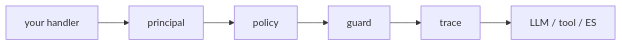
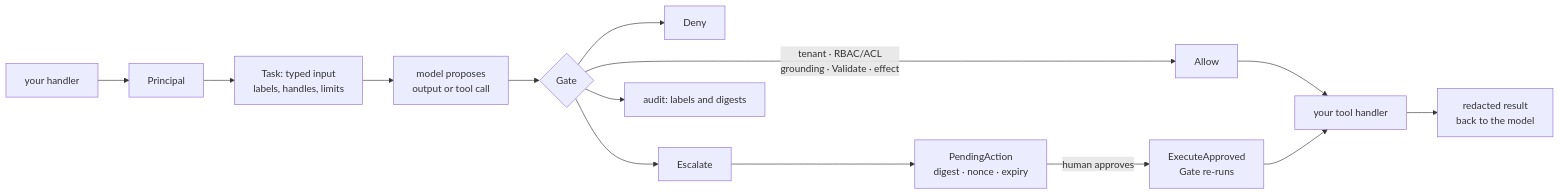
One commit to KirillYuzh/Gobellim changed the diagram in README.md. Above: the diagram before and after it, drawn with Mermaid. The commit also changed other lines of this file and 3 other files, not shown here.

Commit message:
docs: actualize the README for the library and redraw the architecture

````diff
--- a/README.md
+++ b/README.md
@@ -137,8 +90,16 @@
 ```mermaid
 flowchart LR
-    H["your handler"] --> P["principal"]
-    P --> A["policy"]
-    A --> G["guard"]
-    G --> T["trace"]
-    T --> X["LLM / tool / ES"]
+    H["your handler"] --> P["Principal"]
+    P --> T["Task: typed input<br/>labels, handles, limits"]
+    T --> M["model proposes<br/>output or tool call"]
+    M --> G{"Gate"}
+    G -->|"tenant · RBAC/ACL<br/>grounding · Validate · effect"| A["Allow"]
+    G --> D["Deny"]
+    G --> E["Escalate"]
+    A --> X["your tool handler"]
+    X --> R["redacted result<br/>back to the model"]
+    E --> C["PendingAction<br/>digest · nonce · expiry"]
+    C -->|"human approves"| EA["ExecuteApproved<br/>Gate re-runs"]
+    EA --> X
+    G --> AU["audit: labels and digests"]
 ```
````
